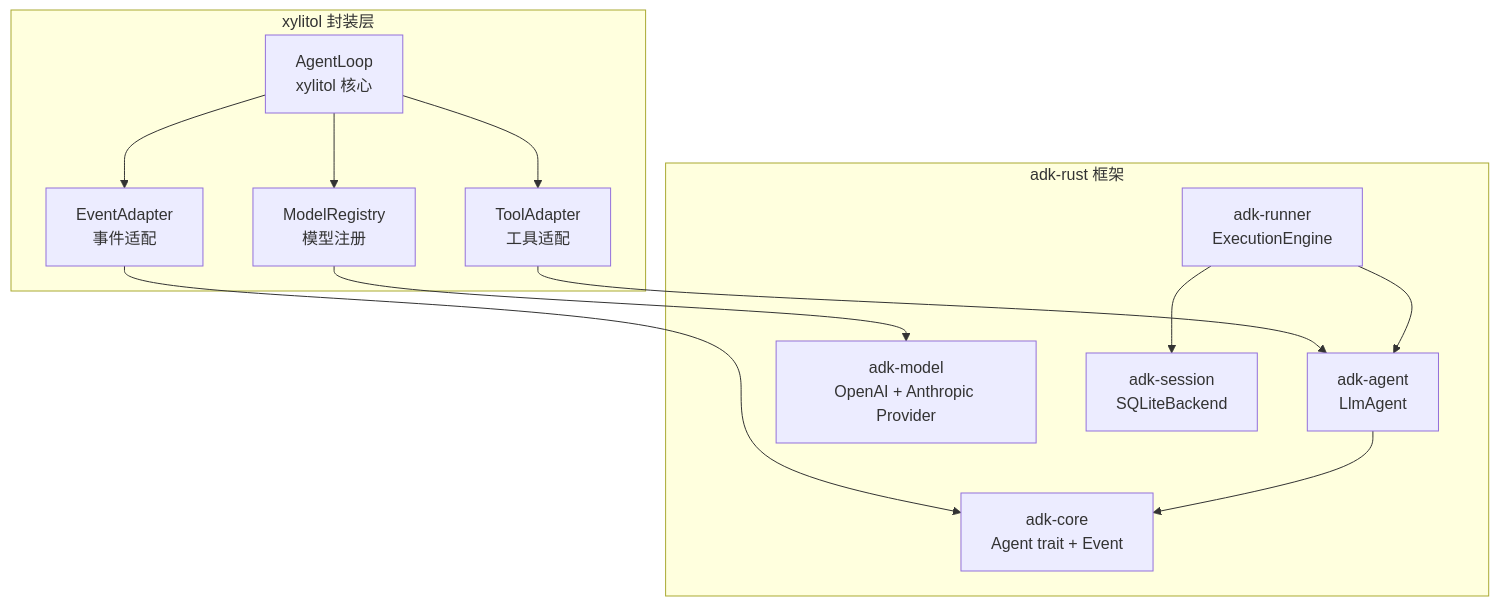
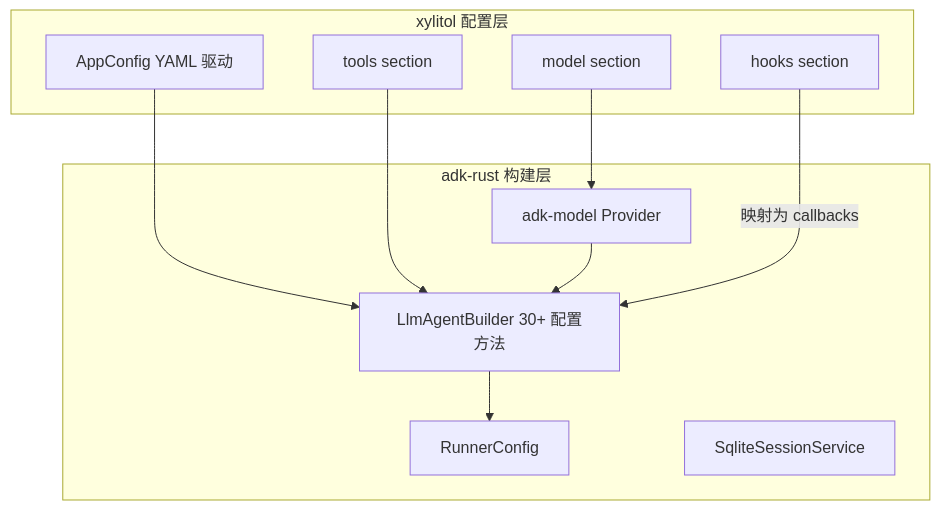
One commit to StrayDragon/xylitol changed the second of 5 diagrams in llmanspec/changes/c25-add-agent-loop/design.md. Above: the diagram before and after it, drawn with Mermaid. The commit also changed other lines of this file and 27 other files, not shown here.

````diff
--- a/llmanspec/changes/c25-add-agent-loop/design.md
+++ b/llmanspec/changes/c25-add-agent-loop/design.md
@@ -67,29 +68,23 @@
 ```mermaid
 graph TD
-    subgraph "xylitol 封装层"
-        XLOOP["AgentLoop<br/>xylitol 核心"]
-        XMODEL["ModelRegistry<br/>模型注册"]
-        XEVENT["EventAdapter<br/>事件适配"]
-        XTOOL["ToolAdapter<br/>工具适配"]
+    subgraph "xylitol 配置层"
+        APP["AppConfig YAML 驱动"]
+        TOOLS_CFG["tools section"]
+        MODEL_CFG["model section"]
+        HOOK_CFG["hooks section"]
     end
 
-    subgraph "adk-rust 框架"
-        AGENT["adk-agent<br/>LlmAgent"]
-        RUNNER["adk-runner<br/>ExecutionEngine"]
-        MODEL["adk-model<br/>OpenAI + Anthropic Provider"]
-        SESSION["adk-session<br/>SQLiteBackend"]
-        CORE["adk-core<br/>Agent trait + Event"]
+    subgraph "adk-rust 构建层"
+        BUILDER["LlmAgentBuilder 30+ 配置方法"]
+        RUNNER_CFG["RunnerConfig"]
+        PROVIDER["adk-model Provider"]
+        SESSION["SqliteSessionService"]
     end
 
-    XLOOP --> XEVENT
-    XLOOP --> XTOOL
-    XLOOP --> XMODEL
-
-    XEVENT --> CORE
-    XTOOL --> AGENT
-    XMODEL --> MODEL
-
-    AGENT --> CORE
-    RUNNER --> AGENT
-    RUNNER --> SESSION
+    APP --> BUILDER
+    TOOLS_CFG --> BUILDER
+    MODEL_CFG --> PROVIDER
+    PROVIDER --> BUILDER
+    BUILDER --> RUNNER_CFG
+    HOOK_CFG -->|"映射为 callbacks"| BUILDER
 ```
````
